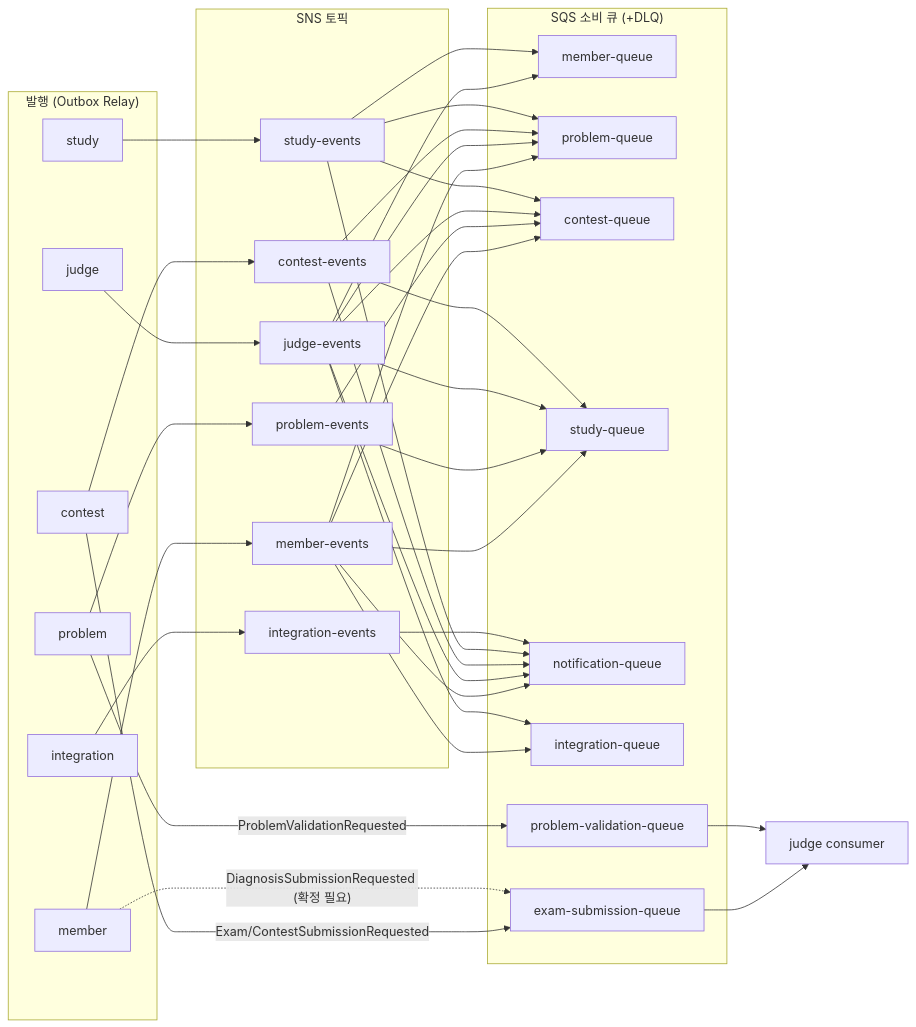
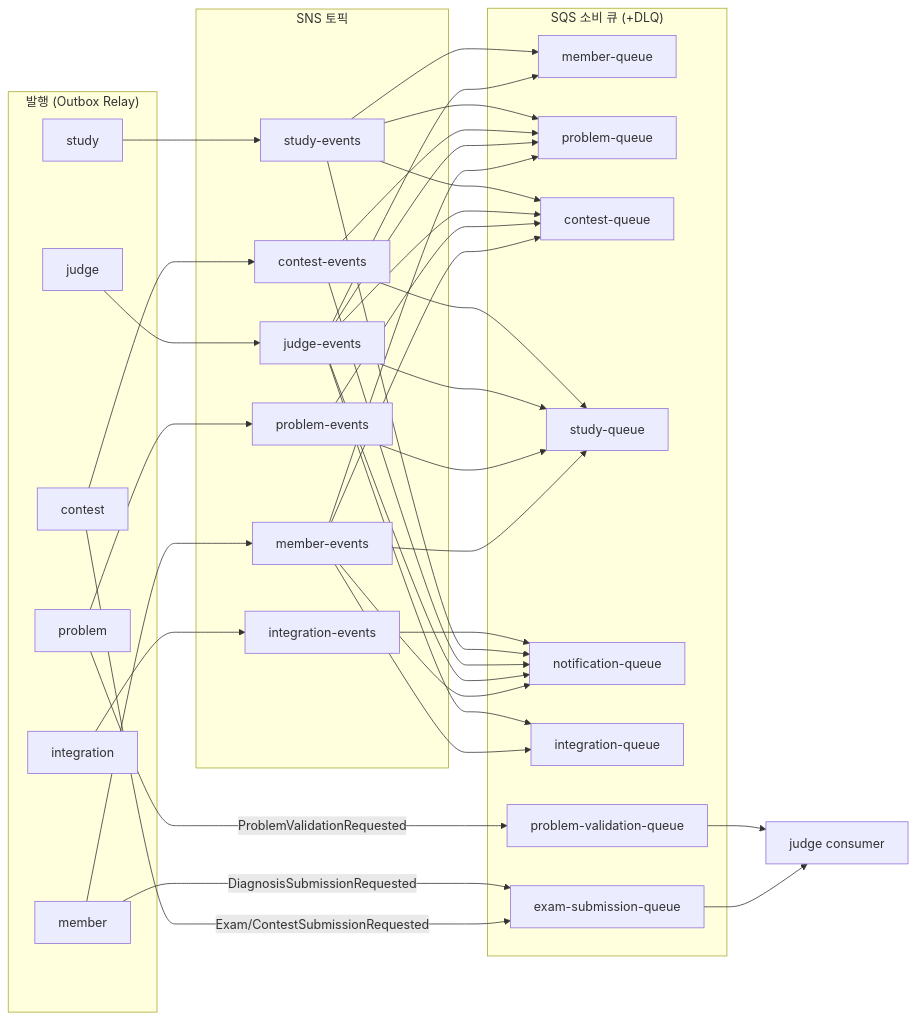
Before and after one commit to Back-To-Back-team-3/re-solve: the diagram in docs/dev/specifications/event-contract.md, drawn with Mermaid. The commit also changed other lines of this file and 1 other file, not shown here.

````diff
--- a/docs/dev/specifications/event-contract.md
+++ b/docs/dev/specifications/event-contract.md
@@ -91,46 +91,46 @@
 ```mermaid
 flowchart LR
     subgraph PUB["발행 (Outbox Relay)"]
         M[member]
         P[problem]
         J[judge]
         C[contest]
         S[study]
         I[integration]
     end
     subgraph TOPIC["SNS 토픽"]
         TM[member-events]
         TP[problem-events]
         TJ[judge-events]
         TC[contest-events]
         TS[study-events]
         TI[integration-events]
     end
     subgraph QUEUE["SQS 소비 큐 (+DLQ)"]
         QM[member-queue]
         QP[problem-queue]
         QC[contest-queue]
         QS[study-queue]
         QN[notification-queue]
         QI[integration-queue]
         QX[exam-submission-queue]
         QV[problem-validation-queue]
     end
     M --> TM
     P --> TP
     J --> TJ
     C --> TC
     S --> TS
     I --> TI
     C -->|"Exam/ContestSubmissionRequested"| QX
-    M -.->|"DiagnosisSubmissionRequested (확정 필요)"| QX
+    M -->|"DiagnosisSubmissionRequested"| QX
     QX --> JS[judge consumer]
     P -->|"ProblemValidationRequested"| QV
     QV --> JS
     TM --> QP & QC & QS & QN & QI
     TP --> QS & QC
     TJ --> QM & QP & QC & QS & QN & QI
     TC --> QP & QS & QN
     TS --> QM & QP & QC & QN
     TI --> QN
 ```
````
